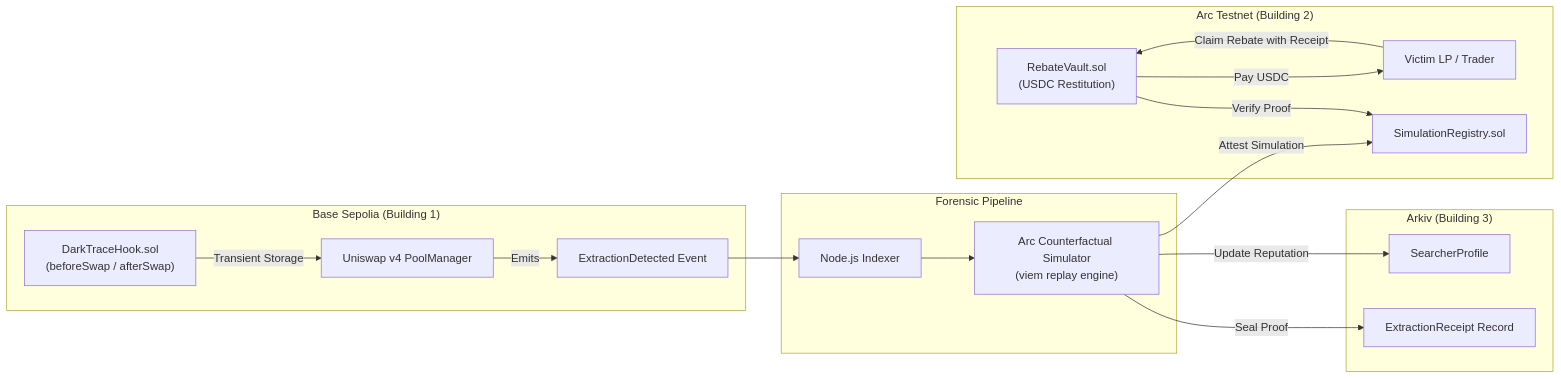
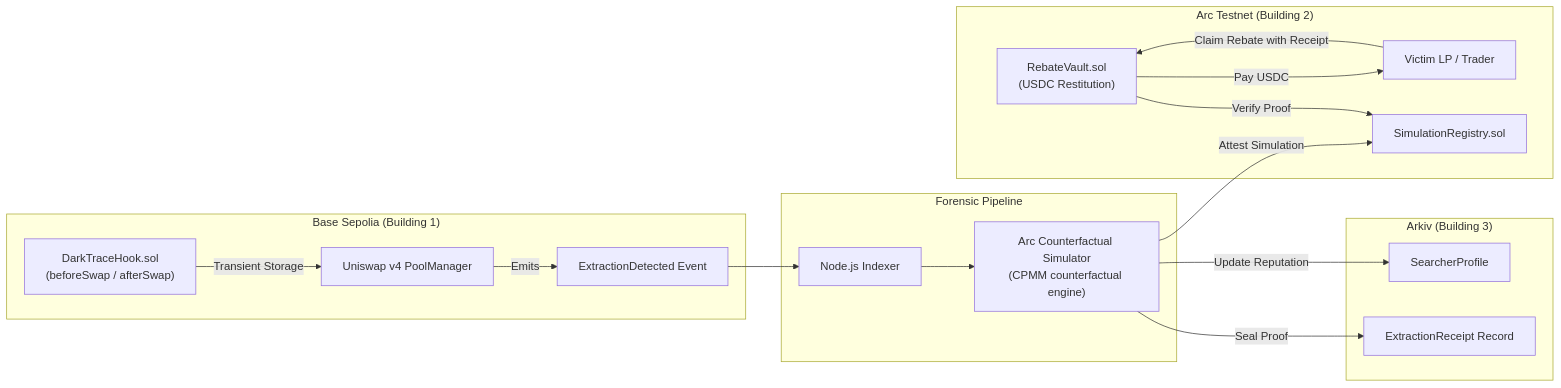
The diagram in README.md (abishekss2007/darktrace), drawn with Mermaid before and after one commit. The commit also changed other lines of this file and 6 other files, not shown here.

````diff
--- a/README.md
+++ b/README.md
@@ -11,34 +13,34 @@
 ```mermaid
 flowchart LR
     subgraph BaseSepolia["Base Sepolia (Building 1)"]
         Hook["DarkTraceHook.sol\n(beforeSwap / afterSwap)"]
         Pool["Uniswap v4 PoolManager"]
         Event["ExtractionDetected Event"]
         Hook -->|Transient Storage| Pool
         Pool -->|Emits| Event
     end
 
     subgraph OffChain["Forensic Pipeline"]
         Indexer["Node.js Indexer"]
-        Sim["Arc Counterfactual Simulator\n(viem replay engine)"]
+        Sim["Arc Counterfactual Simulator\n(CPMM counterfactual engine)"]
         Event --> Indexer
         Indexer --> Sim
     end
 
     subgraph ArkivLedger["Arkiv (Building 3)"]
         Receipt["ExtractionReceipt Record"]
         Profile["SearcherProfile"]
         Sim -->|Seal Proof| Receipt
         Sim -->|Update Reputation| Profile
     end
 
     subgraph ArcChain["Arc Testnet (Building 2)"]
         Registry["SimulationRegistry.sol"]
         Vault["RebateVault.sol\n(USDC Restitution)"]
         LP["Victim LP / Trader"]
         Sim -->|Attest Simulation| Registry
         LP -->|Claim Rebate with Receipt| Vault
         Vault -->|Verify Proof| Registry
         Vault -->|Pay USDC| LP
     end
 ```
````
